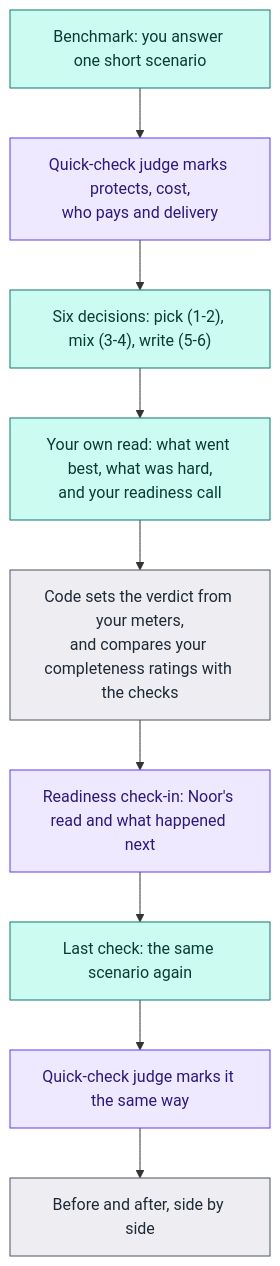
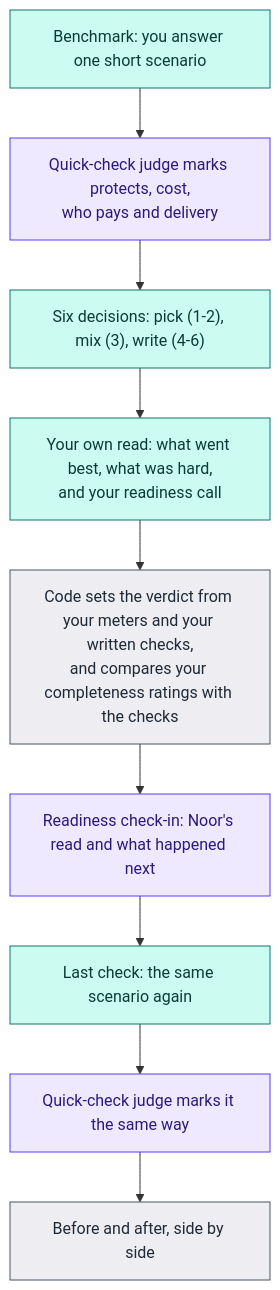
One commit to gtran16/LDAI-leadership-game-prototype changed the second of 2 diagrams in docs/system-diagrams.md. Above: the diagram before and after it, drawn with Mermaid. The commit also changed other lines of this file and 6 other files, not shown here.

Commit message:
Five-card check-in, shorter debrief, verdict needs written checks, 2-1-3 support fade; docs updated

````diff
--- a/docs/system-diagrams.md
+++ b/docs/system-diagrams.md
@@ -33,18 +33,18 @@
 ```mermaid
 flowchart TD
   classDef you fill:#CCFBF1,stroke:#0F766E,color:#0B3B36
   classDef ai fill:#EFE9FF,stroke:#5B3DF5,color:#2A1A7A
   classDef code fill:#EEEEF2,stroke:#4B5563,color:#1F2937
 
   P["Benchmark: you answer one short scenario"]:::you
   P8a["Quick-check judge marks protects, cost,<br/>who pays and delivery"]:::ai
-  S["Six decisions: pick (1-2), mix (3-4), write (5-6)"]:::you
+  S["Six decisions: pick (1-2), mix (3), write (4-6)"]:::you
   R["Your own read: what went best, what was hard,<br/>and your readiness call"]:::you
-  V["Code sets the verdict from your meters,<br/>and compares your completeness ratings with the checks"]:::code
+  V["Code sets the verdict from your meters and your written checks,<br/>and compares your completeness ratings with the checks"]:::code
   N["Readiness check-in: Noor's read and what happened next"]:::ai
   Q["Last check: the same scenario again"]:::you
   P8b["Quick-check judge marks it the same way"]:::ai
   C["Before and after, side by side"]:::code
 
   P --> P8a --> S --> R --> V --> N --> Q --> P8b --> C
 ```
````
